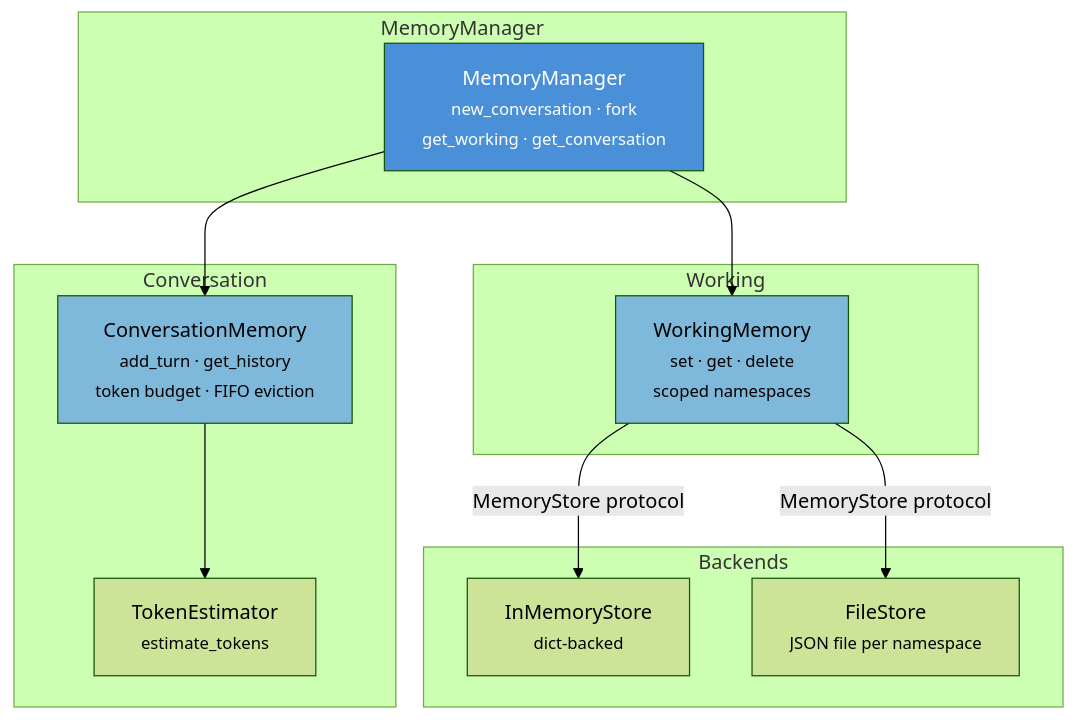
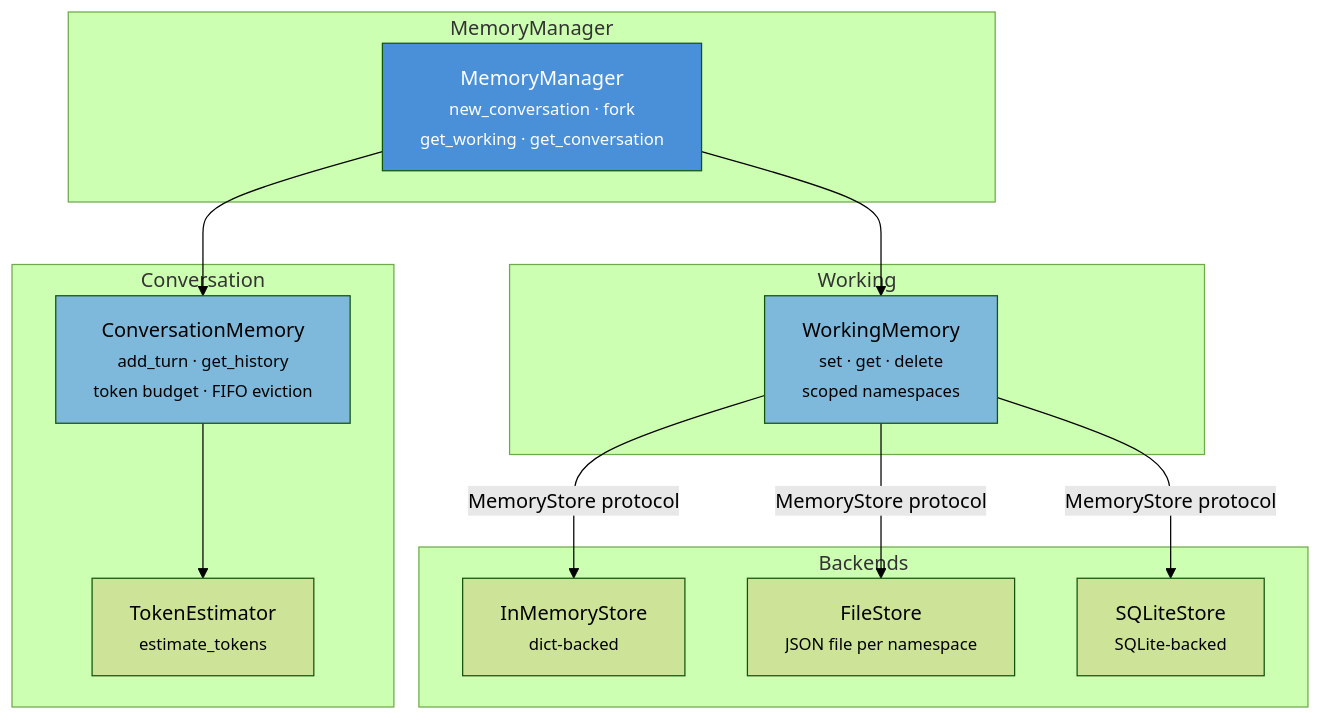
One commit to fireflyframework/fireflyframework-agentic changed the fifth of 7 diagrams in docs/architecture.md. Above: the diagram before and after it, drawn with Mermaid (forest theme). The commit also changed other lines of this file and 20 other files, not shown here.

````diff
--- a/docs/architecture.md
+++ b/docs/architecture.md
@@ -409,30 +488,32 @@
 ```mermaid
 graph TD
     subgraph MemoryManager
         MM["MemoryManager<br/><small>new_conversation · fork<br/>get_working · get_conversation</small>"]
     end
 
     subgraph Conversation
         CM["ConversationMemory<br/><small>add_turn · get_history<br/>token budget · FIFO eviction</small>"]
         TE["TokenEstimator<br/><small>estimate_tokens</small>"]
     end
 
     subgraph Working
         WM["WorkingMemory<br/><small>set · get · delete<br/>scoped namespaces</small>"]
     end
 
     subgraph Backends
         IMS["InMemoryStore<br/><small>dict-backed</small>"]
         FS["FileStore<br/><small>JSON file per namespace</small>"]
+        SQL["SQLiteStore<br/><small>SQLite-backed</small>"]
     end
 
     MM --> CM
     MM --> WM
     CM --> TE
     WM -->|MemoryStore protocol| IMS
     WM -->|MemoryStore protocol| FS
+    WM -->|MemoryStore protocol| SQL
 
     style MM fill:#4a90d9,color:#fff
     style CM fill:#7eb8da,color:#000
     style WM fill:#7eb8da,color:#000
 ```
````
